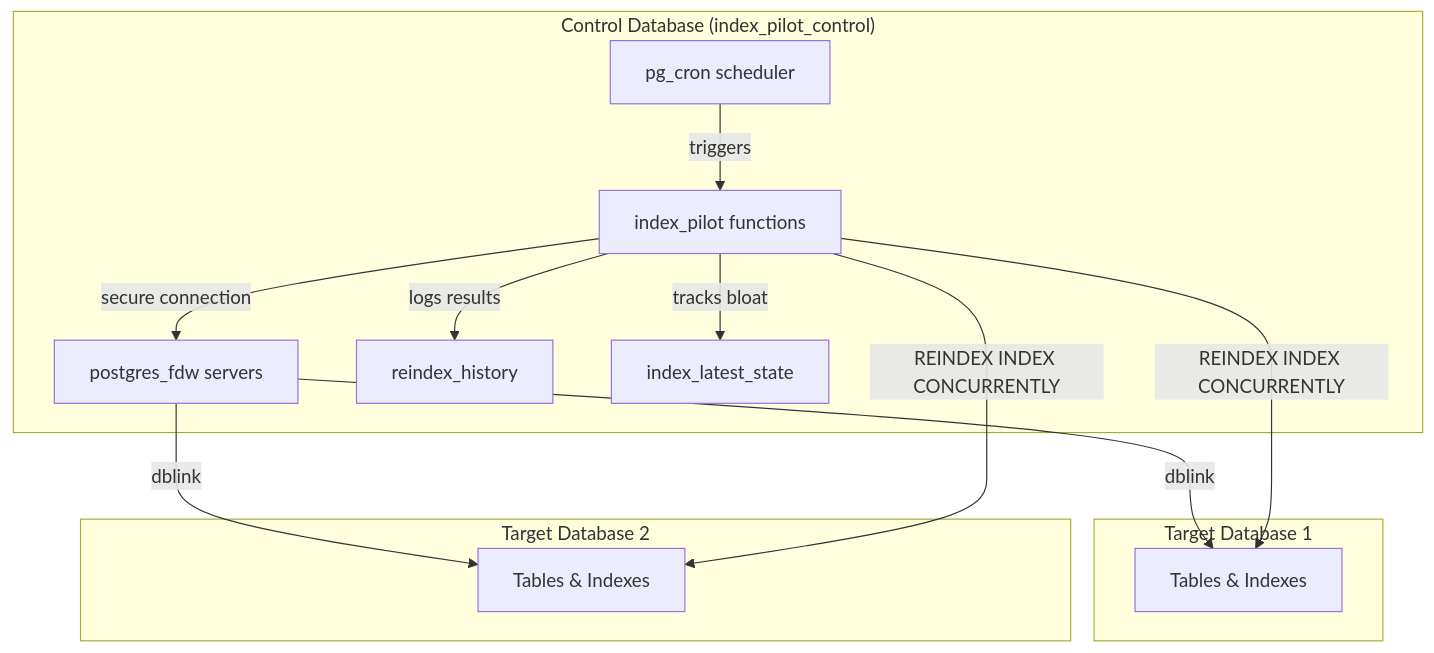
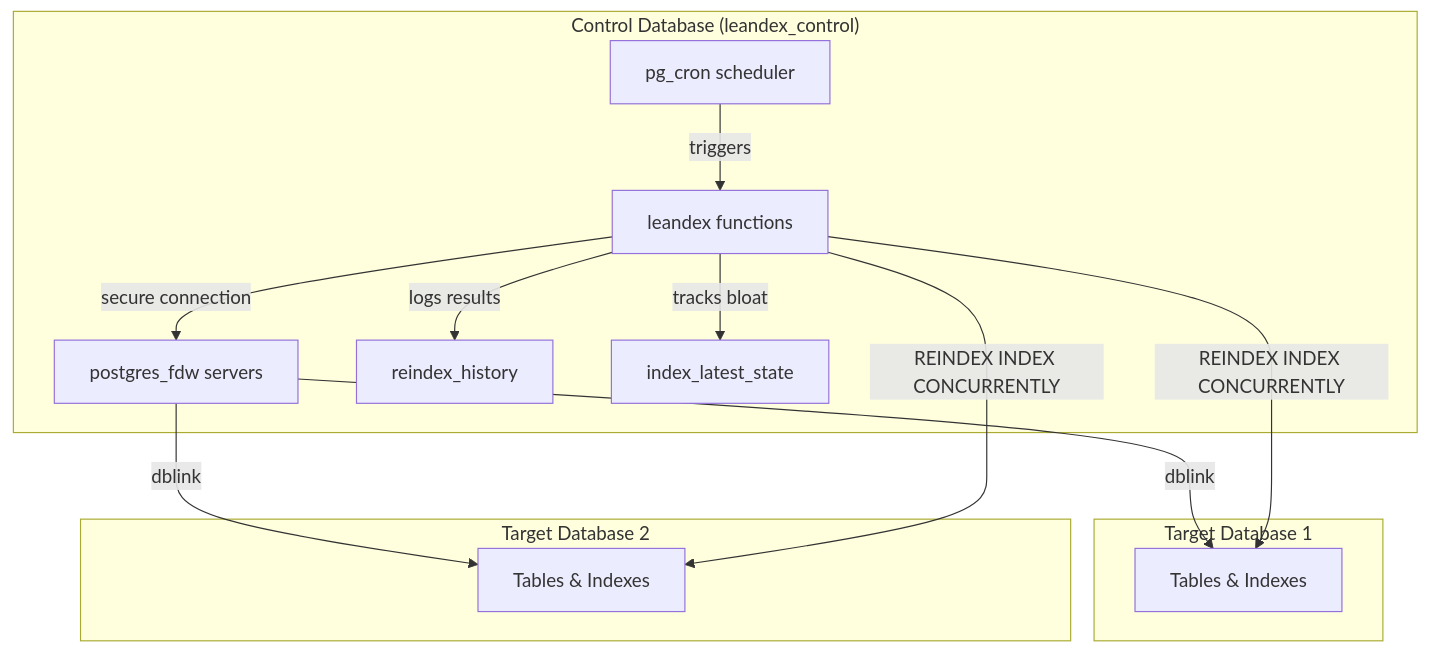
The diagram in docs/architecture.md (NikolayS/leandex), drawn with Mermaid before and after one commit. The commit also changed other lines of this file and 24 other files, not shown here.

Commit message:
refactor: rename schema to leandex

````diff
--- a/docs/architecture.md
+++ b/docs/architecture.md
@@ -31,27 +31,27 @@
 ```mermaid
 graph TB
-    subgraph "Control Database (index_pilot_control)"
+    subgraph "Control Database (leandex_control)"
         PGC[pg_cron scheduler]
-        IPF[index_pilot functions]
+        IPF[leandex functions]
         FDW[postgres_fdw servers]
         HIST[reindex_history]
         STATE[index_latest_state]
     end
-    
+
     subgraph "Target Database 1"
         DB1[Tables & Indexes]
     end
-    
+
     subgraph "Target Database 2"
         DB2[Tables & Indexes]
     end
-    
+
     PGC -->|triggers| IPF
     IPF -->|secure connection| FDW
     FDW -->|dblink| DB1
     FDW -->|dblink| DB2
     IPF -->|REINDEX INDEX CONCURRENTLY| DB1
     IPF -->|REINDEX INDEX CONCURRENTLY| DB2
     IPF -->|logs results| HIST
     IPF -->|tracks bloat| STATE
 ```
````
